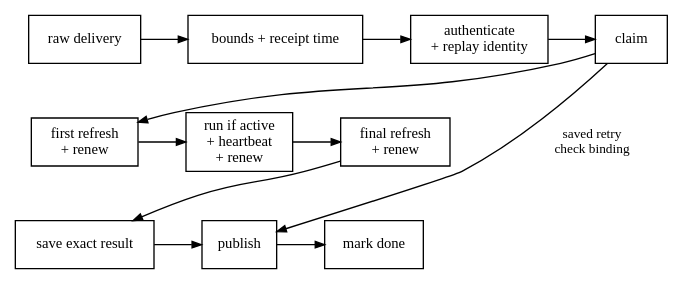
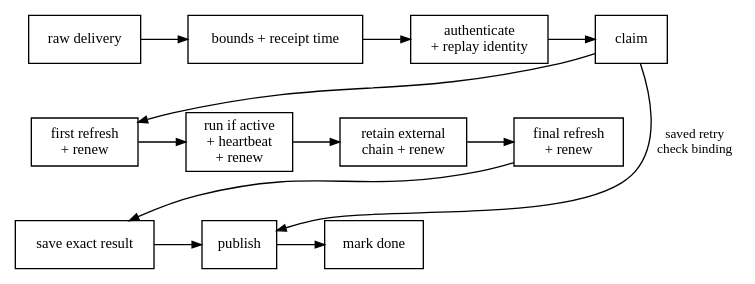
One commit to HardMax71/amiss changed the first of 2 diagrams in docs/src/controller.md. Above: the diagram before and after it, drawn with Graphviz. The commit also changed other lines of this file and 26 other files, not shown here.

````diff
--- a/docs/src/controller.md
+++ b/docs/src/controller.md
@@ -93,27 +93,28 @@
 ```dot process
 digraph controller_delivery {
   rankdir = TB;
   node [shape = box, fontname = "Latin Modern, Georgia, serif", fontsize = 11];
   edge [arrowsize = 0.7, fontname = "Latin Modern, Georgia, serif", fontsize = 10];
   raw      [label = "raw delivery"];
   gate     [label = "bounds + receipt time"];
   auth     [label = "authenticate\n+ replay identity"];
   claim    [label = "claim"];
   first    [label = "first refresh\n+ renew"];
   run      [label = "run if active\n+ heartbeat\n+ renew"];
+  external [label = "retain external\nchain + renew"];
   second   [label = "final refresh\n+ renew"];
   stage    [label = "save exact result"];
   publish  [label = "publish"];
   complete [label = "mark done"];
   { rank = same; raw; gate; auth; claim; }
-  { rank = same; first; run; second; }
+  { rank = same; first; run; external; second; }
   { rank = same; stage; publish; complete; }
   raw -> gate -> auth -> claim;
-  first -> run -> second;
+  first -> run -> external -> second;
   stage -> publish -> complete;
   claim -> first [constraint = false];
   second -> stage [constraint = false];
   claim -> publish [label = "saved retry\ncheck binding", constraint = false];
   raw -> first -> stage [style = invis];
 }
 ```
````
